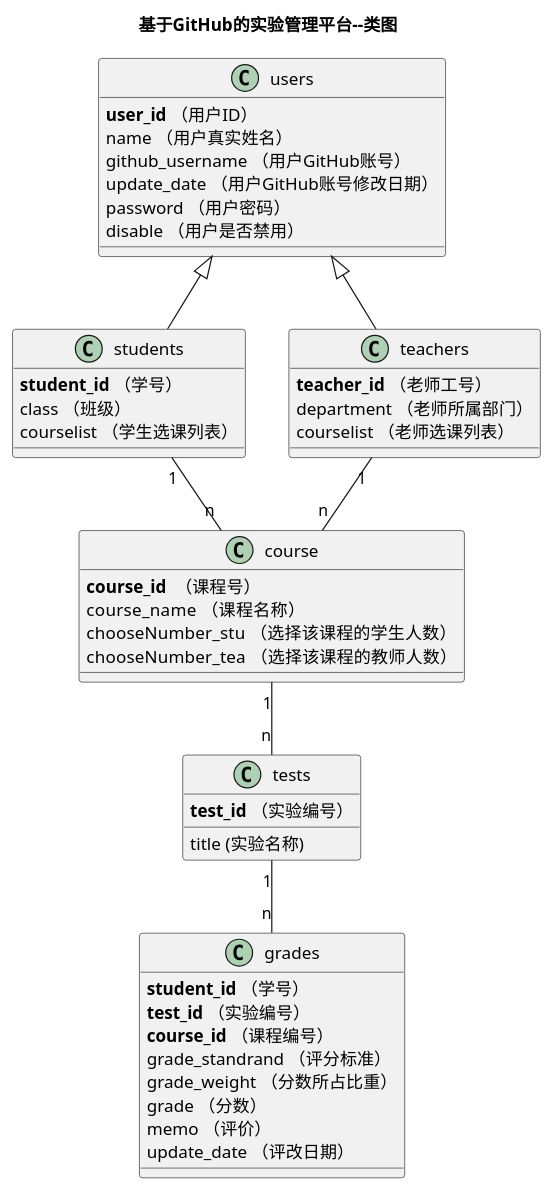
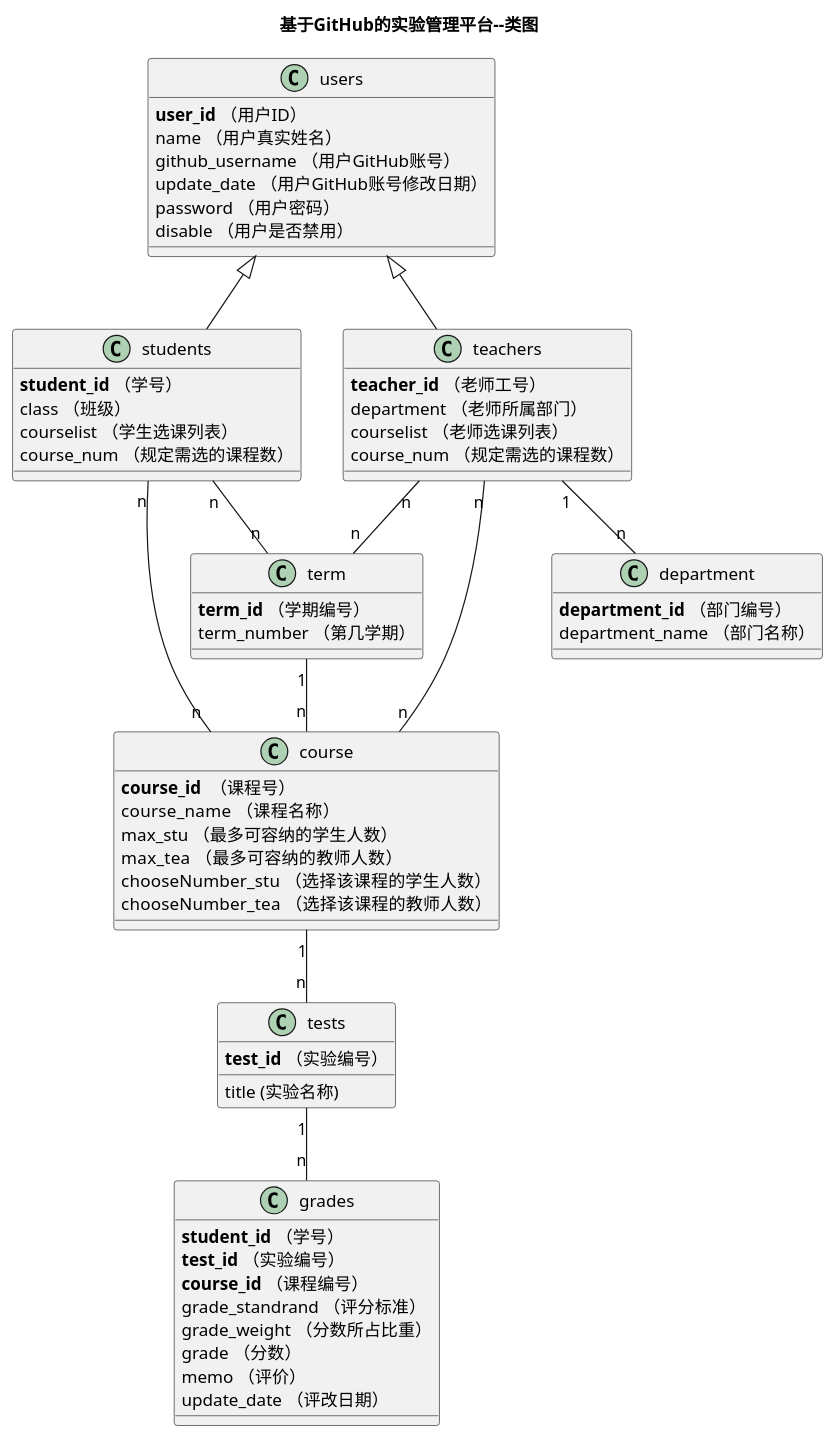
The diagram in test6/src/class.puml (201510414128/is_analysis-1), drawn with PlantUML before and after one commit.

```diff
--- a/test6/src/class.puml
+++ b/test6/src/class.puml
@@ -1,48 +1,64 @@
 @startuml
 title 基于GitHub的实验管理平台--类图
 class users {
     <b>user_id</b> （用户ID）
     name （用户真实姓名）
     github_username （用户GitHub账号）
     update_date （用户GitHub账号修改日期）
     password （用户密码）
     disable （用户是否禁用）
 }
 class teachers{
     <b>teacher_id</b> （老师工号）
     department （老师所属部门）
     courselist （老师选课列表）
+    course_num （规定需选的课程数）
 }
 class students{
     <b>student_id</b> （学号）
     class （班级）
     courselist （学生选课列表）
+    course_num （规定需选的课程数）
 }
 users <|- students
 users <|-- teachers
 class course{
     <b>course_id</b>  （课程号）
     course_name  （课程名称）
+    max_stu （最多可容纳的学生人数）
+    max_tea  （最多可容纳的教师人数）
     chooseNumber_stu  （选择该课程的学生人数）
     chooseNumber_tea  （选择该课程的教师人数）
 }
 class grades {
     <b>student_id</b> （学号）
     <b>test_id</b> （实验编号）
     <b>course_id</b> （课程编号）
     grade_standrand （评分标准）
     grade_weight （分数所占比重）
     grade （分数）
     memo （评价）
     update_date （评改日期）
 }
 class tests {
     <b>test_id</b> （实验编号）
     title (实验名称)
 }
-students "1" -- "n"  course
+class term{
+    <b>term_id</b> （学期编号）
+    term_number （第几学期）
+}
+class department{
+    <b>department_id</b> （部门编号）
+    department_name （部门名称）
+}
+students "n" -- "n"  course
 tests "1" -- "n"  grades
 course "1" -- "n"  tests
-teachers "1" -- "n"  course
+teachers "n" -- "n"  course
+term "1" -- "n"  course
+students "n" -- "n"  term
+teachers "n" -- "n"  term
+teachers "1" -- "n"  department
 
 @enduml
```
